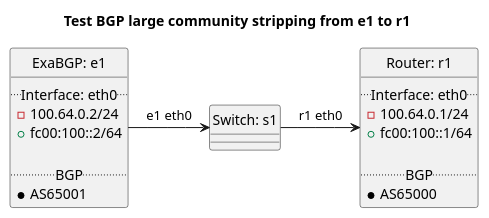
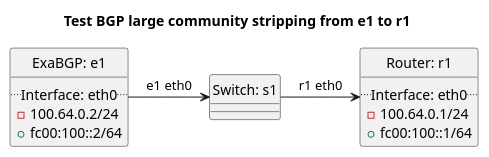
The diagram in tests/t40_bgp/t70_community_stripping/README.md (oscdev-io/birdplan), drawn with PlantUML before and after one commit. The commit also changed 2 other files, not shown here.

Commit message:
tests/bgp: Fixed comments and documentation typos

````diff
--- a/tests/t40_bgp/t70_community_stripping/README.md
+++ b/tests/t40_bgp/t70_community_stripping/README.md
@@ -23,33 +23,27 @@
 ```plantuml
 @startuml
 hide circle
 title Test BGP large community stripping from e1 to r1
 
 
 class "Router: r1" {
   .. Interface: eth0 ..
 - 100.64.0.1/24
 + fc00:100::1/64
-
-  .. BGP ..
-* AS65000
 }
 
 
 class "ExaBGP: e1" {
   .. Interface: eth0 ..
 - 100.64.0.2/24
 + fc00:100::2/64
-
-  .. BGP ..
-* AS65001
 }
 
 
 class "Switch: s1" {}
 
 "ExaBGP: e1" -> "Switch: s1": e1 eth0
 "Switch: s1" -> "Router: r1": r1 eth0
 
 @enduml
 ```
````
